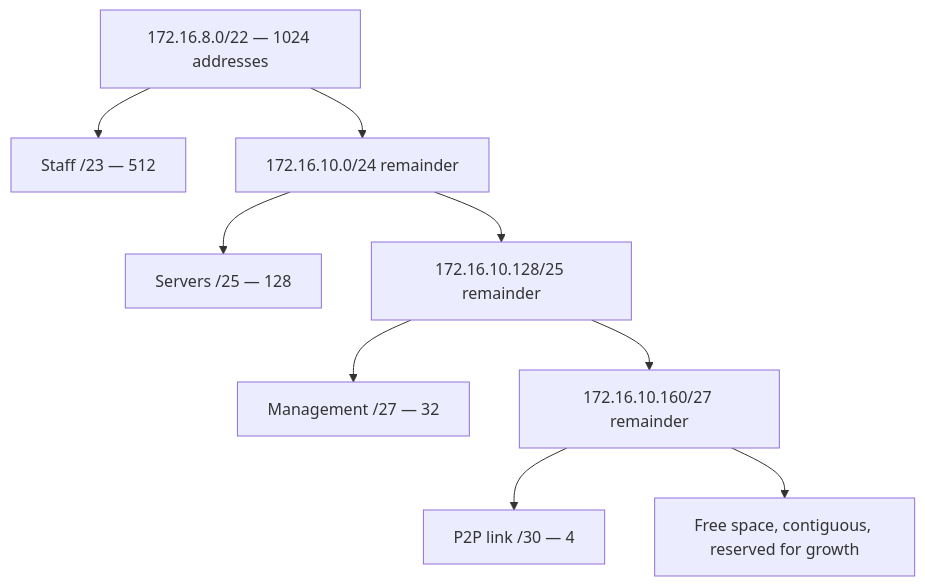
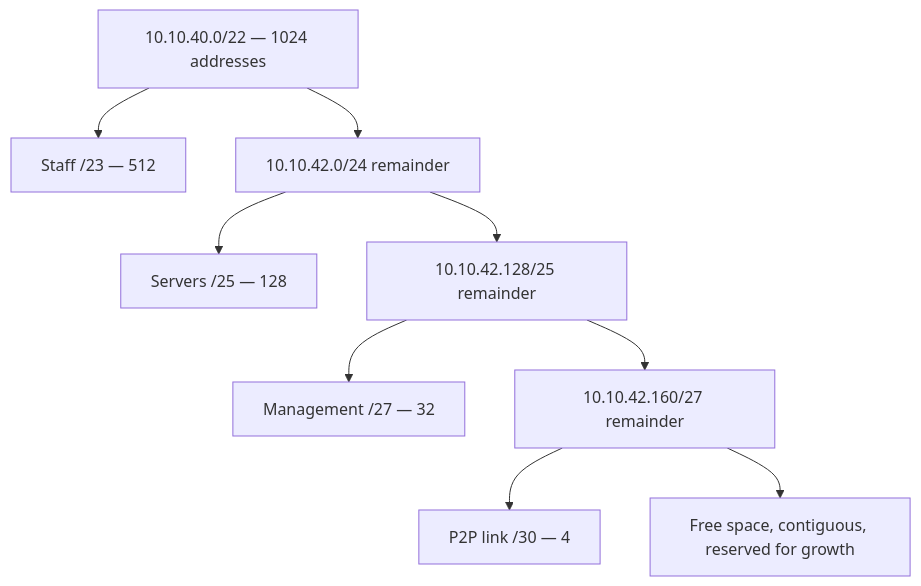
One commit to nnr-root/cybersec-crook2root-notes changed the diagram in Networking/Addressing & Subnetting/VLSM & Route Summarization.md. Above: the diagram before and after it, drawn with Mermaid. The commit also changed other lines of this file and 6 other files, not shown here.

````diff
--- a/Networking/Addressing & Subnetting/VLSM & Route Summarization.md
+++ b/Networking/Addressing & Subnetting/VLSM & Route Summarization.md
@@ -80,12 +80,12 @@
 ```mermaid
 flowchart TB
-    P["172.16.8.0/22 — 1024 addresses"]
+    P["10.10.40.0/22 — 1024 addresses"]
     P --> S["Staff /23 — 512"]
-    P --> R["172.16.10.0/24 remainder"]
+    P --> R["10.10.42.0/24 remainder"]
     R --> SV["Servers /25 — 128"]
-    R --> R2["172.16.10.128/25 remainder"]
+    R --> R2["10.10.42.128/25 remainder"]
     R2 --> M["Management /27 — 32"]
-    R2 --> R3["172.16.10.160/27 remainder"]
+    R2 --> R3["10.10.42.160/27 remainder"]
     R3 --> L["P2P link /30 — 4"]
     R3 --> F["Free space, contiguous, reserved for growth"]
 ```
````
